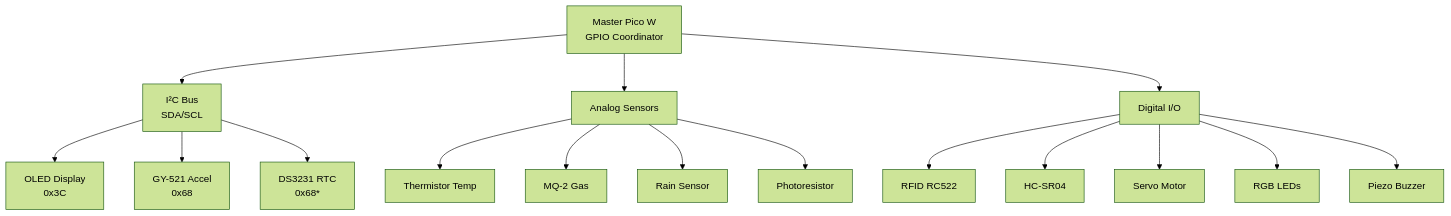
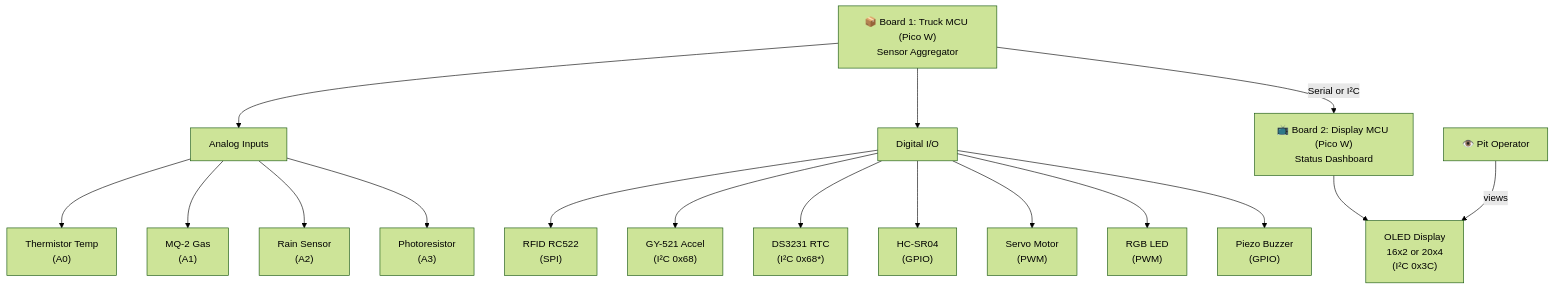
Before and after one commit to prgrobots/Iot2_new: the diagram in docs/electronics/09.md, drawn with Mermaid (forest theme). The commit also changed other lines of this file and 2 other files, not shown here.

First line of the commit message:
Phase 5: Session 9 two-board architecture (Truck + Display Pico W)

````diff
--- a/docs/electronics/09.md
+++ b/docs/electronics/09.md
@@ -92,18 +99,25 @@
 ```mermaid
 graph TB
-    Master[Master Pico W<br/>GPIO Coordinator] --> I2C[I²C Bus<br/>SDA/SCL]
-    I2C --> OLED[OLED Display<br/>0x3C]
-    I2C --> GY521[GY-521 Accel<br/>0x68]
-    I2C --> RTC[DS3231 RTC<br/>0x68*]
-    Master --> Analog[Analog Sensors]
-    Analog --> Thermistor[Thermistor Temp]
-    Analog --> MQ2[MQ-2 Gas]
-    Analog --> Rain[Rain Sensor]
-    Analog --> Light[Photoresistor]
-    Master --> Digital[Digital I/O]
-    Digital --> RFID[RFID RC522]
-    Digital --> Ultrasonic[HC-SR04]
-    Digital --> Servo[Servo Motor]
-    Digital --> LEDs[RGB LEDs]
-    Digital --> Buzzer[Piezo Buzzer]
+    Board1["📦 Board 1: Truck MCU (Pico W)<br/>Sensor Aggregator"] 
+    Board2["📺 Board 2: Display MCU (Pico W)<br/>Status Dashboard"]
+    
+    Board1 --> Analog[Analog Inputs]
+    Analog --> Thermistor["Thermistor Temp<br/>(A0)"]
+    Analog --> MQ2["MQ-2 Gas<br/>(A1)"]
+    Analog --> Rain["Rain Sensor<br/>(A2)"]
+    Analog --> Light["Photoresistor<br/>(A3)"]
+    
+    Board1 --> Digital[Digital I/O]
+    Digital --> RFID["RFID RC522<br/>(SPI)"]
+    Digital --> GY521["GY-521 Accel<br/>(I²C 0x68)"]
+    Digital --> RTC["DS3231 RTC<br/>(I²C 0x68*)"]
+    Digital --> Ultrasonic["HC-SR04<br/>(GPIO)"]
+    Digital --> Servo["Servo Motor<br/>(PWM)"]
+    Digital --> RGB["RGB LED<br/>(PWM)"]
+    Digital --> Buzzer["Piezo Buzzer<br/>(GPIO)"]
+    
+    Board1 -->|Serial or I²C| Board2
+    Board2 --> OLED["OLED Display<br/>16x2 or 20x4<br/>(I²C 0x3C)"]
+    
+    Operator["👁️ Pit Operator"] -->|views| OLED
 ```
````
